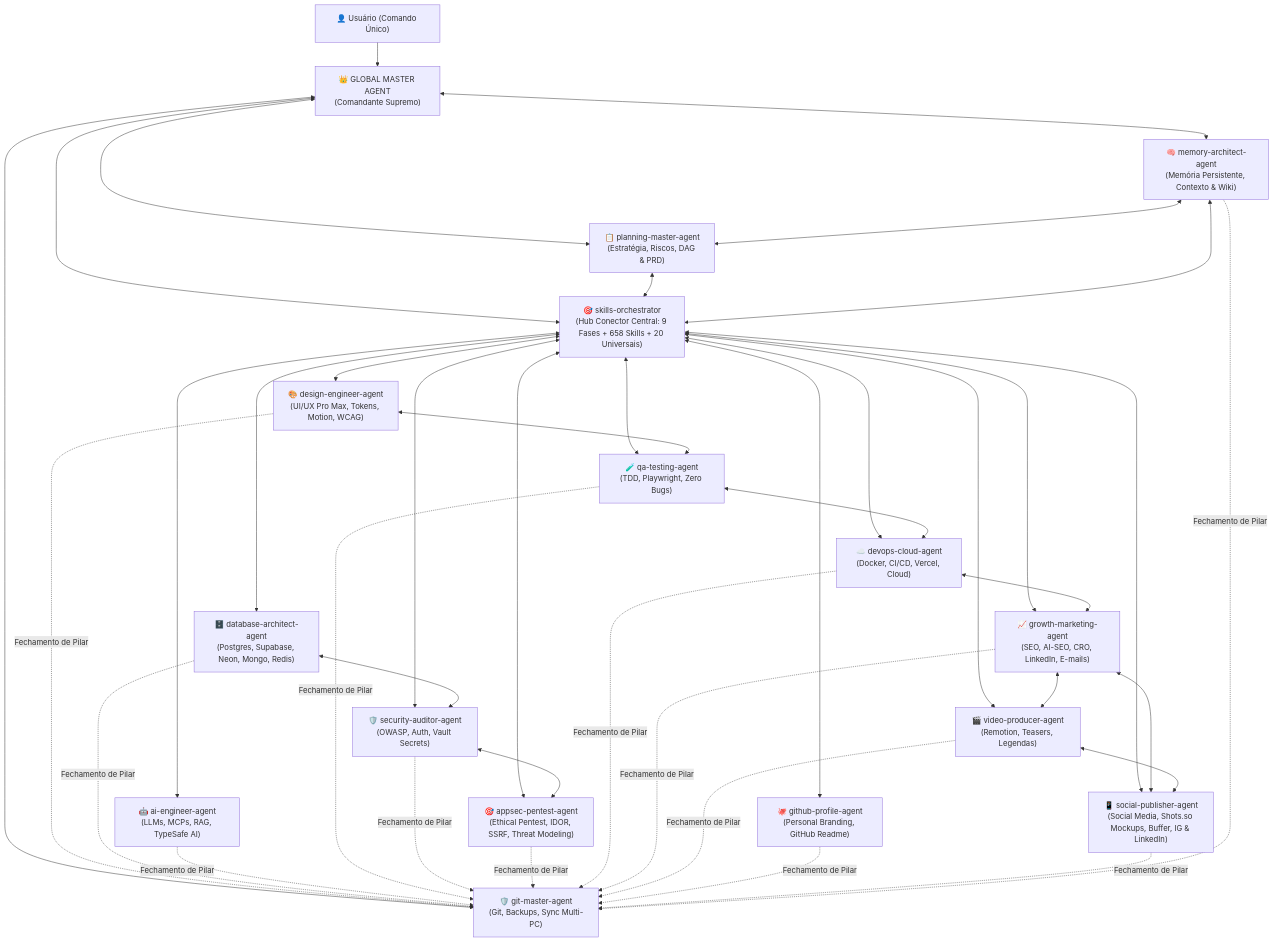
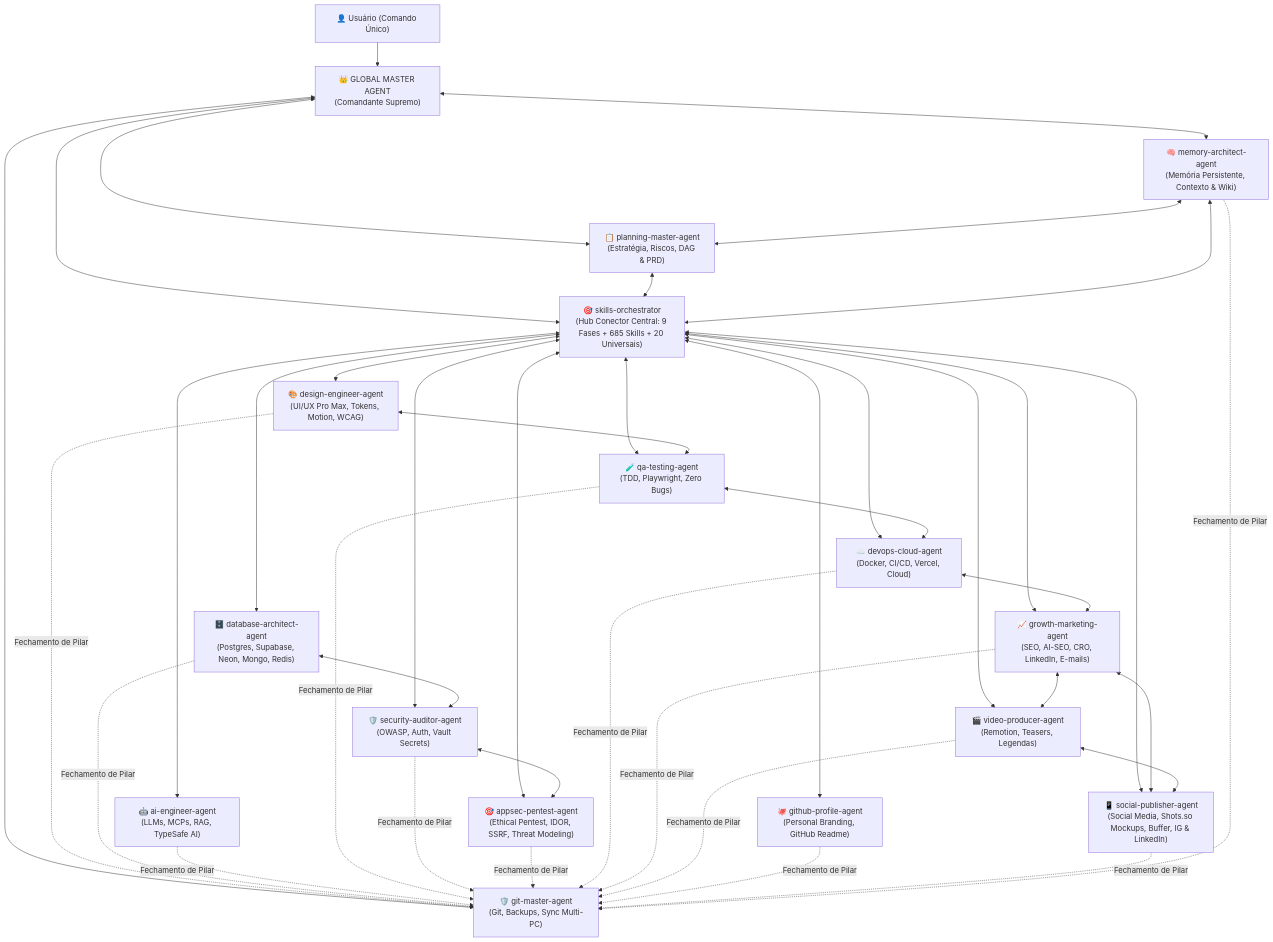
One commit to Henrique1601/SkiilsToIAs changed the first of 2 diagrams in custom-agents/global-master-agent/SKILL.md. Above: the diagram before and after it, drawn with Mermaid. The commit also changed other lines of this file and 6 other files, not shown here.

````diff
--- a/custom-agents/global-master-agent/SKILL.md
+++ b/custom-agents/global-master-agent/SKILL.md
@@ -75,48 +74,48 @@
 ```mermaid
 flowchart TD
     User["👤 Usuário (Comando Único)"] --> GMA["👑 GLOBAL MASTER AGENT<br/>(Comandante Supremo)"]
     
     GMA <--> PLAN["📋 planning-master-agent<br/>(Estratégia, Riscos, DAG & PRD)"]
     GMA <--> MEM["🧠 memory-architect-agent<br/>(Memória Persistente, Contexto & Wiki)"]
-    GMA <--> ORCH["🎯 skills-orchestrator<br/>(Hub Conector Central: 9 Fases + 658 Skills + 20 Universais)"]
+    GMA <--> ORCH["🎯 skills-orchestrator<br/>(Hub Conector Central: 9 Fases + 685 Skills + 20 Universais)"]
     GMA <--> GIT["🛡️ git-master-agent<br/>(Git, Backups, Sync Multi-PC)"]
 
     PLAN <--> ORCH
     MEM <--> ORCH
     MEM <--> PLAN
 
     ORCH <--> UI["🎨 design-engineer-agent<br/>(UI/UX Pro Max, Tokens, Motion, WCAG)"]
     ORCH <--> DB["🗄️ database-architect-agent<br/>(Postgres, Supabase, Neon, Mongo, Redis)"]
     ORCH <--> AI["🤖 ai-engineer-agent<br/>(LLMs, MCPs, RAG, TypeSafe AI)"]
     ORCH <--> QA["🧪 qa-testing-agent<br/>(TDD, Playwright, Zero Bugs)"]
     ORCH <--> SEC["🛡️ security-auditor-agent<br/>(OWASP, Auth, Vault Secrets)"]
     ORCH <--> PENTEST["🎯 appsec-pentest-agent<br/>(Ethical Pentest, IDOR, SSRF, Threat Modeling)"]
     SEC <--> PENTEST
     ORCH <--> CLOUD["☁️ devops-cloud-agent<br/>(Docker, CI/CD, Vercel, Cloud)"]
     ORCH <--> GROWTH["📈 growth-marketing-agent<br/>(SEO, AI-SEO, CRO, LinkedIn, E-mails)"]
     ORCH <--> VIDEO["🎬 video-producer-agent<br/>(Remotion, Teasers, Legendas)"]
     ORCH <--> PROFILE["🐙 github-profile-agent<br/>(Personal Branding, GitHub Readme)"]
     ORCH <--> SOCIAL["📱 social-publisher-agent<br/>(Social Media, Shots.so Mockups, Buffer, IG & LinkedIn)"]
 
     DB <--> SEC
     UI <--> QA
     QA <--> CLOUD
     CLOUD <--> GROWTH
     GROWTH <--> VIDEO
     GROWTH <--> SOCIAL
     VIDEO <--> SOCIAL
 
     %% Portão Obrigatório Final
     UI -.->|Fechamento de Pilar| GIT
     DB -.->|Fechamento de Pilar| GIT
     AI -.->|Fechamento de Pilar| GIT
     QA -.->|Fechamento de Pilar| GIT
     SEC -.->|Fechamento de Pilar| GIT
     PENTEST -.->|Fechamento de Pilar| GIT
     CLOUD -.->|Fechamento de Pilar| GIT
     GROWTH -.->|Fechamento de Pilar| GIT
     VIDEO -.->|Fechamento de Pilar| GIT
     PROFILE -.->|Fechamento de Pilar| GIT
     SOCIAL -.->|Fechamento de Pilar| GIT
     MEM -.->|Fechamento de Pilar| GIT
 ```
````
